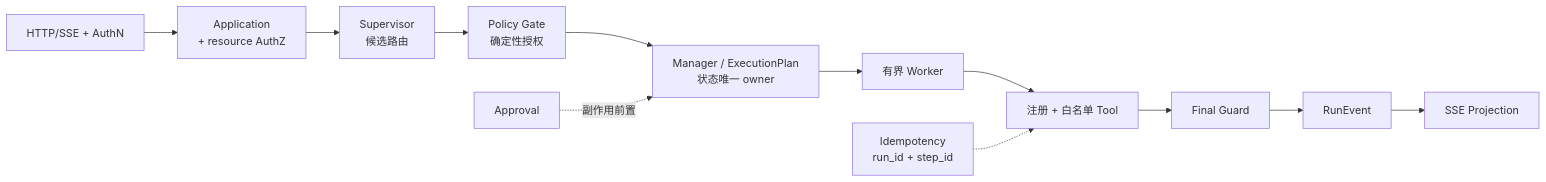
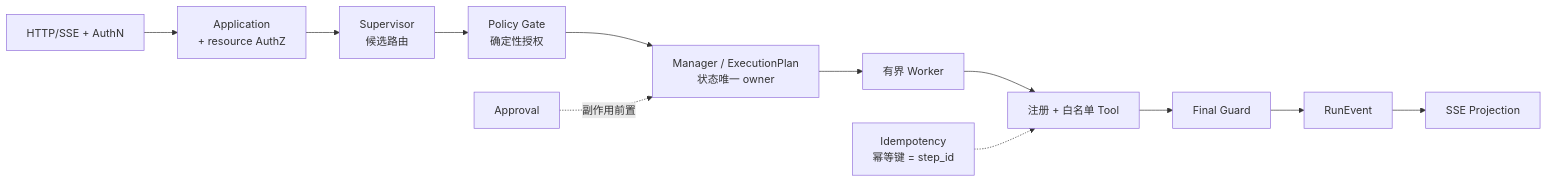
The diagram in README.md (observer-mimiron/supervisor-template), drawn with Mermaid before and after one commit. The commit also changed other lines of this file and 69 other files, not shown here.

````diff
--- a/README.md
+++ b/README.md
@@ -32,14 +56,14 @@
 ```mermaid
 flowchart LR
     HTTP["HTTP/SSE + AuthN"] --> APP["Application<br/>+ resource AuthZ"]
     APP --> SUP["Supervisor<br/>候选路由"]
     SUP --> POLICY["Policy Gate<br/>确定性授权"]
     POLICY --> PLAN["Manager / ExecutionPlan<br/>状态唯一 owner"]
     PLAN --> WORKER["有界 Worker"]
     WORKER --> TOOL["注册 + 白名单 Tool"]
     TOOL --> GUARD["Final Guard"]
     GUARD --> EVENT["RunEvent"]
     EVENT --> SSE["SSE Projection"]
     APPROVAL["Approval"] -. "副作用前置" .-> PLAN
-    IDEMPOTENCY["Idempotency<br/>run_id + step_id"] -.-> TOOL
+    IDEMPOTENCY["Idempotency<br/>幂等键 = step_id"] -.-> TOOL
 ```
````
